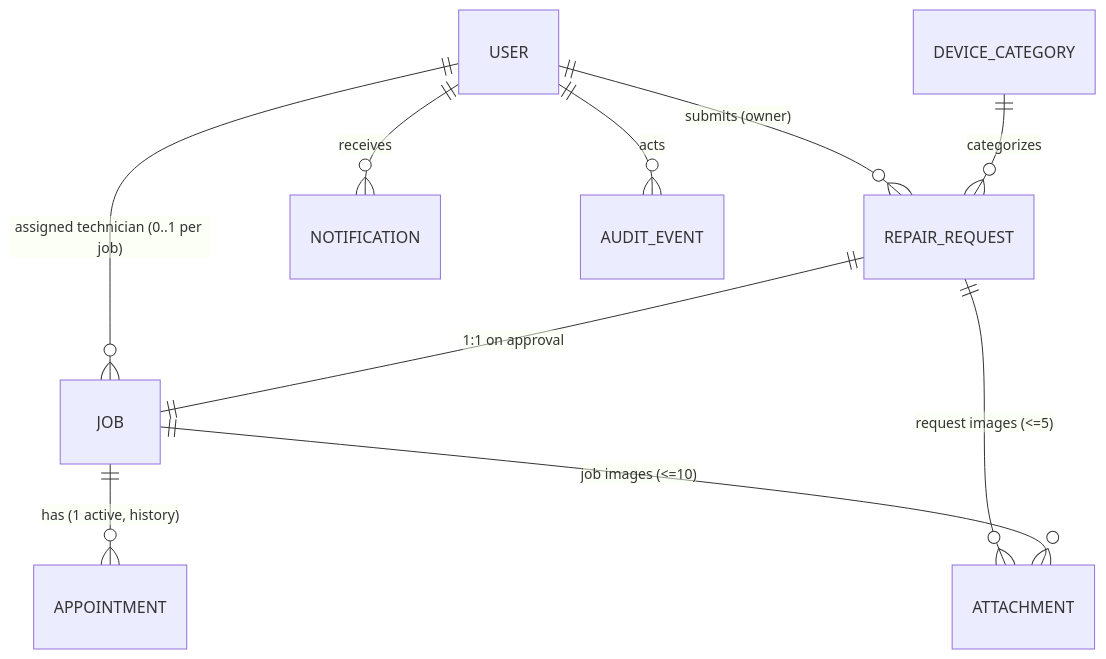
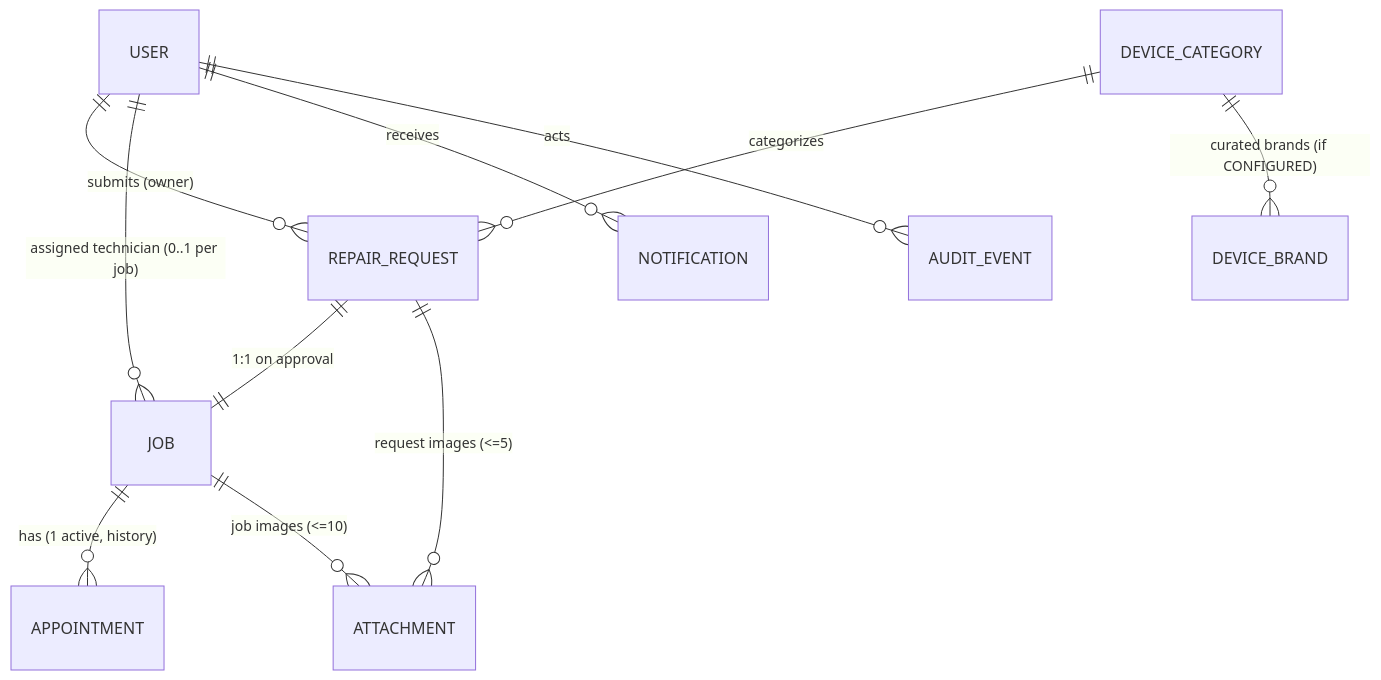
The second of 3 diagrams in docs/Architecture.md (mayurjaiswal9/RepairDesk), drawn with Mermaid before and after one commit. The commit also changed other lines of this file and 234 other files, not shown here.

````diff
--- a/docs/Architecture.md
+++ b/docs/Architecture.md
@@ -356,12 +357,13 @@
 ```mermaid
 erDiagram
     USER ||--o{ REPAIR_REQUEST : "submits (owner)"
     USER ||--o{ JOB : "assigned technician (0..1 per job)"
     REPAIR_REQUEST ||--|| JOB : "1:1 on approval"
     JOB ||--o{ APPOINTMENT : "has (1 active, history)"
     DEVICE_CATEGORY ||--o{ REPAIR_REQUEST : "categorizes"
+    DEVICE_CATEGORY ||--o{ DEVICE_BRAND : "curated brands (if CONFIGURED)"
     USER ||--o{ NOTIFICATION : "receives"
     REPAIR_REQUEST ||--o{ ATTACHMENT : "request images (<=5)"
     JOB ||--o{ ATTACHMENT : "job images (<=10)"
     USER ||--o{ AUDIT_EVENT : "acts"
 ```
````
